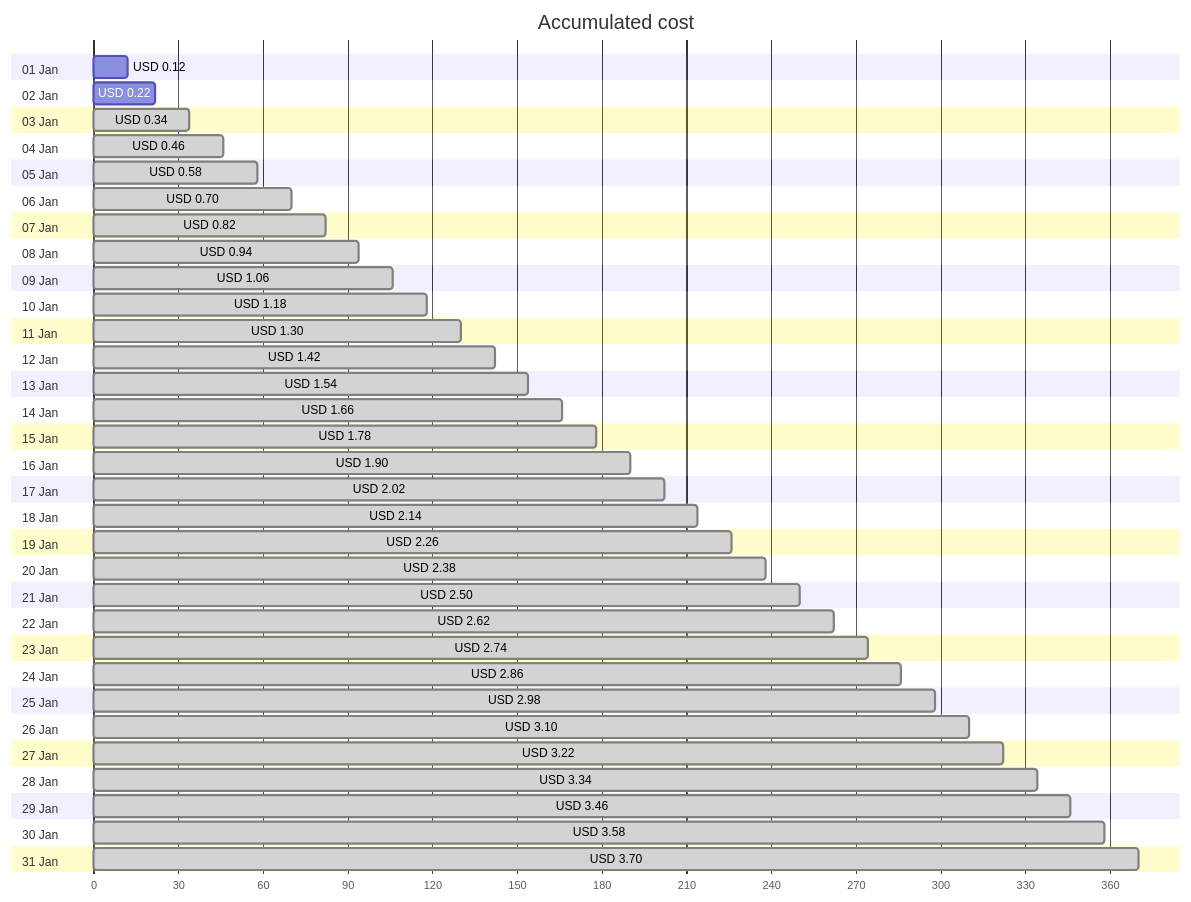
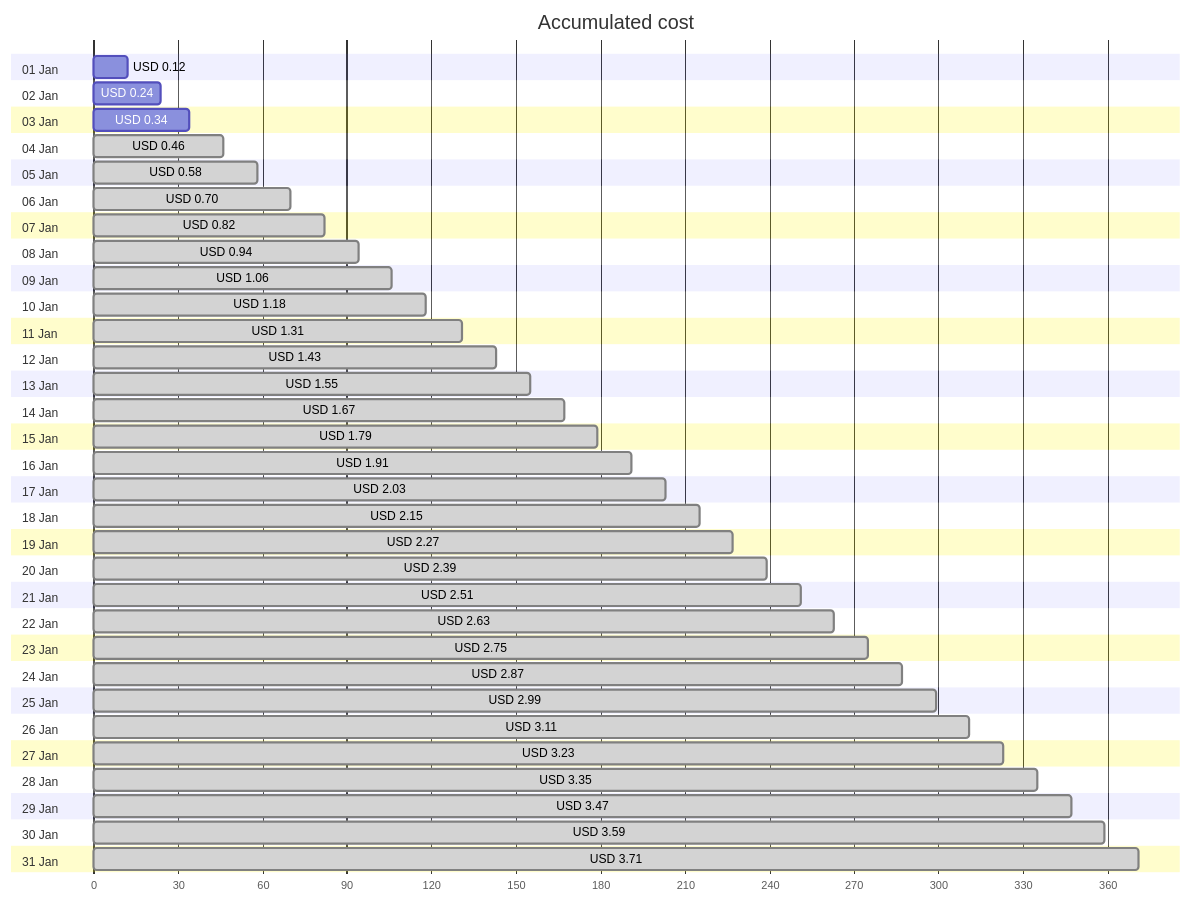
The first of 4 diagrams in cost-reports/personal-network/backup-server-public-ip.md (jpfulton/azure-personal-reports), drawn with Mermaid before and after one commit. The commit also changed other lines of this file and 8 other files, not shown here.

````diff
--- a/cost-reports/personal-network/backup-server-public-ip.md
+++ b/cost-reports/personal-network/backup-server-public-ip.md
@@ -20,68 +20,68 @@
 ```mermaid
 gantt
    title Accumulated cost
    dateFormat  X
    axisFormat %s
    section 01 Jan
    USD 0.12 :0, 12
    section 02 Jan
-   USD 0.22 :0, 22
+   USD 0.24 :0, 24
    section 03 Jan
-   USD 0.34 : done, 0, 34
+   USD 0.34 :0, 34
    section 04 Jan
    USD 0.46 : done, 0, 46
    section 05 Jan
    USD 0.58 : done, 0, 58
    section 06 Jan
    USD 0.70 : done, 0, 70
    section 07 Jan
    USD 0.82 : done, 0, 82
    section 08 Jan
    USD 0.94 : done, 0, 94
    section 09 Jan
    USD 1.06 : done, 0, 106
    section 10 Jan
    USD 1.18 : done, 0, 118
    section 11 Jan
-   USD 1.30 : done, 0, 130
+   USD 1.31 : done, 0, 131
    section 12 Jan
-   USD 1.42 : done, 0, 142
+   USD 1.43 : done, 0, 143
    section 13 Jan
-   USD 1.54 : done, 0, 154
+   USD 1.55 : done, 0, 155
    section 14 Jan
-   USD 1.66 : done, 0, 166
+   USD 1.67 : done, 0, 167
    section 15 Jan
-   USD 1.78 : done, 0, 178
+   USD 1.79 : done, 0, 179
    section 16 Jan
-   USD 1.90 : done, 0, 190
+   USD 1.91 : done, 0, 191
    section 17 Jan
-   USD 2.02 : done, 0, 202
+   USD 2.03 : done, 0, 203
    section 18 Jan
-   USD 2.14 : done, 0, 214
+   USD 2.15 : done, 0, 215
    section 19 Jan
-   USD 2.26 : done, 0, 226
+   USD 2.27 : done, 0, 227
    section 20 Jan
-   USD 2.38 : done, 0, 238
+   USD 2.39 : done, 0, 239
    section 21 Jan
-   USD 2.50 : done, 0, 250
+   USD 2.51 : done, 0, 251
    section 22 Jan
-   USD 2.62 : done, 0, 262
+   USD 2.63 : done, 0, 263
    section 23 Jan
-   USD 2.74 : done, 0, 274
+   USD 2.75 : done, 0, 275
    section 24 Jan
-   USD 2.86 : done, 0, 286
+   USD 2.87 : done, 0, 287
    section 25 Jan
-   USD 2.98 : done, 0, 298
+   USD 2.99 : done, 0, 299
    section 26 Jan
-   USD 3.10 : done, 0, 310
+   USD 3.11 : done, 0, 311
    section 27 Jan
-   USD 3.22 : done, 0, 322
+   USD 3.23 : done, 0, 323
    section 28 Jan
-   USD 3.34 : done, 0, 334
+   USD 3.35 : done, 0, 335
    section 29 Jan
-   USD 3.46 : done, 0, 346
+   USD 3.47 : done, 0, 347
    section 30 Jan
-   USD 3.58 : done, 0, 358
+   USD 3.59 : done, 0, 359
    section 31 Jan
-   USD 3.70 : done, 0, 370
+   USD 3.71 : done, 0, 371
 ```
````
